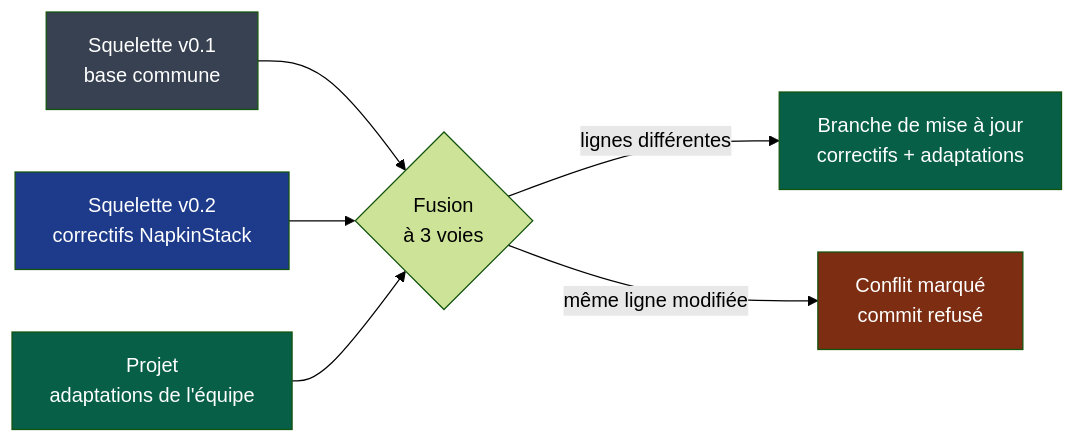
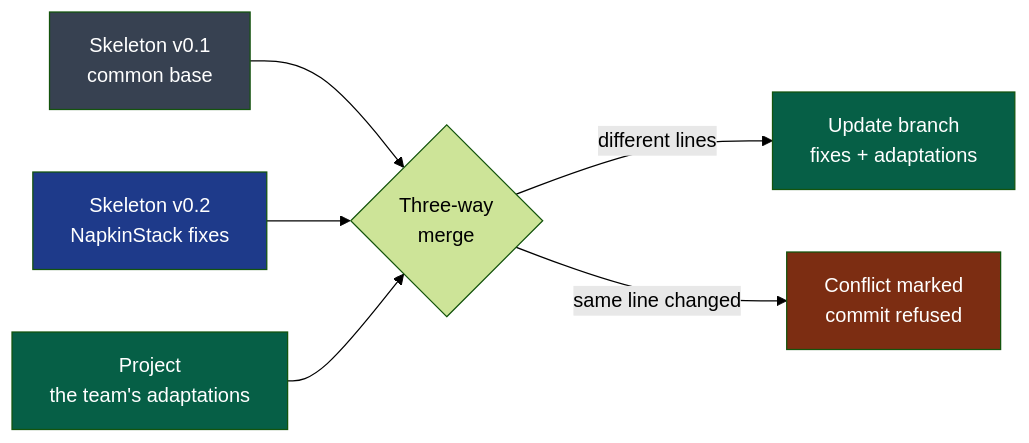
One commit to NapkinStack/engineering-os changed the second of 3 diagrams in README.md. Above: the diagram before and after it, drawn with Mermaid (forest theme). The commit also changed other lines of this file and 34 other files, not shown here.

````diff
--- a/README.md
+++ b/README.md
@@ -36,14 +36,14 @@
 ```mermaid
 flowchart LR
-    V1["Squelette v0.1<br/>base commune"]:::ref --> F{"Fusion<br/>à 3 voies"}
-    V2["Squelette v0.2<br/>correctifs NapkinStack"]:::ns --> F
-    PR["Projet<br/>adaptations de l'équipe"]:::equipe --> F
-    F -->|"lignes différentes"| B["Branche de mise à jour<br/>correctifs + adaptations"]:::ok
-    F -->|"même ligne modifiée"| X["Conflit marqué<br/>commit refusé"]:::ko
+    V1["Skeleton v0.1<br/>common base"]:::ref --> F{"Three-way<br/>merge"}
+    V2["Skeleton v0.2<br/>NapkinStack fixes"]:::ns --> F
+    PR["Project<br/>the team's adaptations"]:::team --> F
+    F -->|"different lines"| B["Update branch<br/>fixes + adaptations"]:::ok
+    F -->|"same line changed"| X["Conflict marked<br/>commit refused"]:::ko
 
     classDef ref fill:#374151,color:#fff
     classDef ns fill:#1e3a8a,color:#fff
-    classDef equipe fill:#065f46,color:#fff
+    classDef team fill:#065f46,color:#fff
     classDef ok fill:#065f46,color:#fff
     classDef ko fill:#7c2d12,color:#fff
 ```
````
